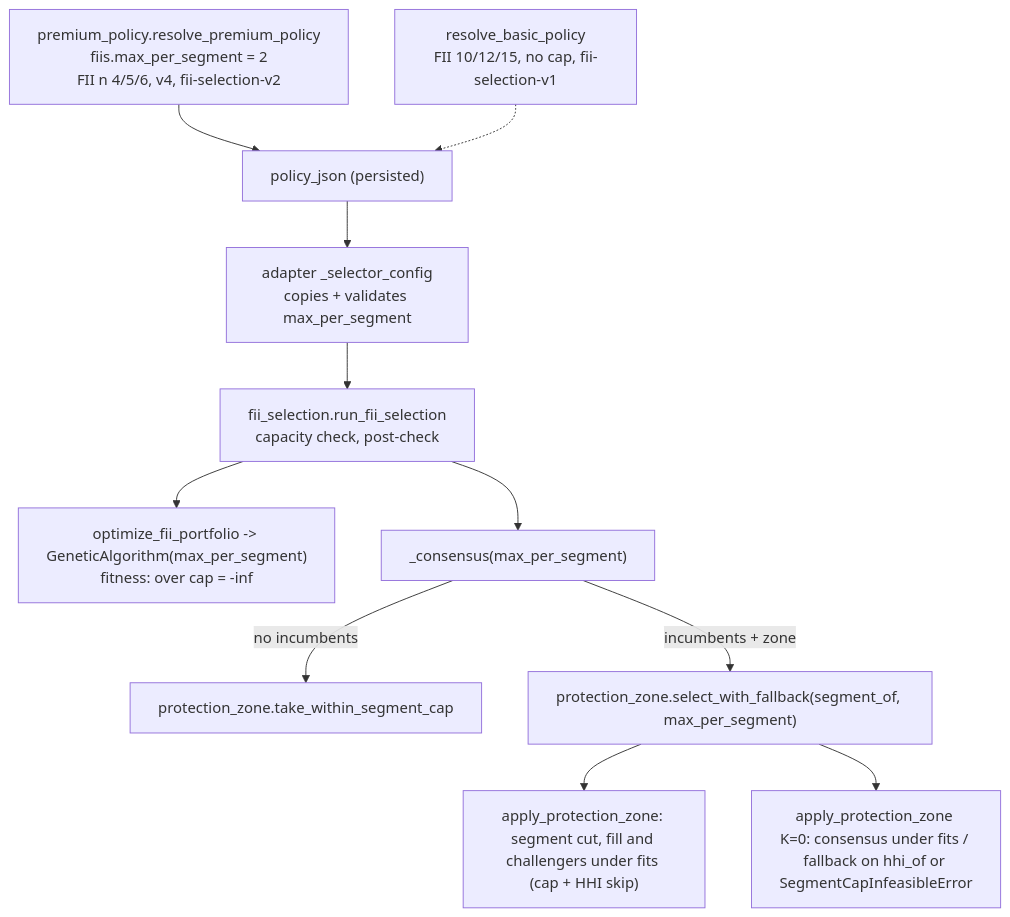
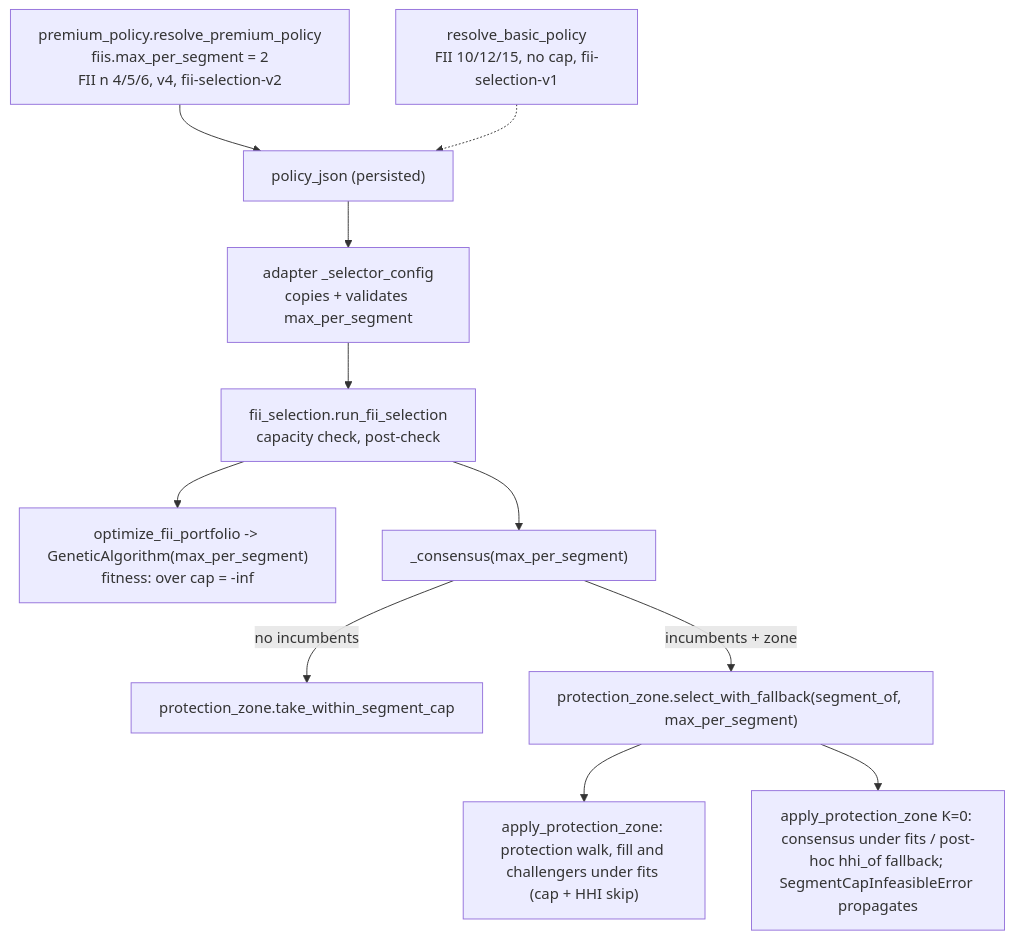
The diagram in .specs/features/fii-segment-cap/design.md (caiomugarte/TCC), drawn with Mermaid before and after one commit. The commit also changed other lines of this file and 3 other files, not shown here.

First line of the commit message:
docs(spec): apply HHI rule to protected incumbents (#56)

````diff
--- a/.specs/features/fii-segment-cap/design.md
+++ b/.specs/features/fii-segment-cap/design.md
@@ -15,13 +15,13 @@
 ```mermaid
 graph TD
     P["premium_policy.resolve_premium_policy<br/>fiis.max_per_segment = 2<br/>FII n 4/5/6, v4, fii-selection-v2"] --> PJ["policy_json (persisted)"]
     PJ --> A["adapter _selector_config<br/>copies + validates max_per_segment"]
     A --> R["fii_selection.run_fii_selection<br/>capacity check, post-check"]
     R --> O["optimize_fii_portfolio -> GeneticAlgorithm(max_per_segment)<br/>fitness: over cap = -inf"]
     R --> C["_consensus(max_per_segment)"]
     C -->|no incumbents| T["protection_zone.take_within_segment_cap"]
     C -->|incumbents + zone| S["protection_zone.select_with_fallback(segment_of, max_per_segment)"]
-    S --> Z["apply_protection_zone: segment cut, fill and challengers under fits (cap + HHI skip)"]
-    S --> Z0["apply_protection_zone K=0: consensus under fits / fallback on hhi_of or SegmentCapInfeasibleError"]
+    S --> Z["apply_protection_zone: protection walk, fill and challengers under fits (cap + HHI skip)"]
+    S --> Z0["apply_protection_zone K=0: consensus under fits / post-hoc hhi_of fallback; SegmentCapInfeasibleError propagates"]
     B["resolve_basic_policy<br/>FII 10/12/15, no cap, fii-selection-v1"] -.-> PJ
 ```
````
